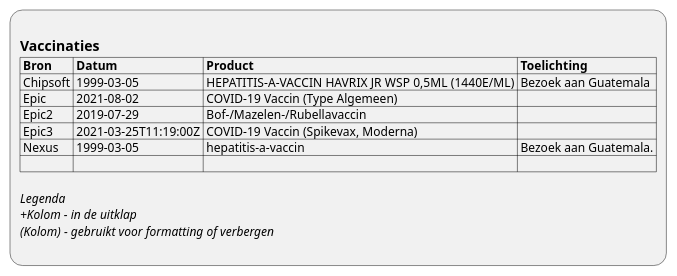
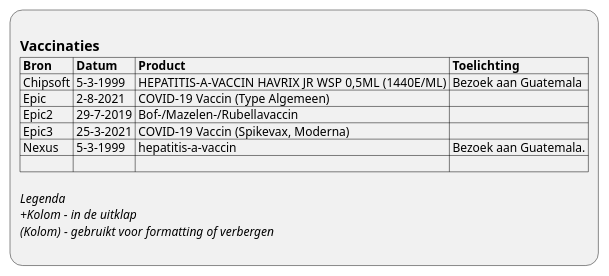
The diagram in input/images-source/ViewDefinition-Immunization.plantuml (RIVO-Noord/zorgviewer-ig), drawn with PlantUML before and after one commit. The commit also changed 14 other files, not shown here.

```diff
--- a/input/images-source/ViewDefinition-Immunization.plantuml
+++ b/input/images-source/ViewDefinition-Immunization.plantuml
@@ -1,16 +1,16 @@
 @startuml ViewDefinition-Immunization
 :
 == Vaccinaties
 |= Bron |= Datum |= Product |= Toelichting |
-| Chipsoft | 1999-03-05 | HEPATITIS-A-VACCIN HAVRIX JR WSP 0,5ML (1440E/ML) | Bezoek aan Guatemala |
-| Epic | 2021-08-02 | COVID-19 Vaccin (Type Algemeen) |  |
-| Epic2 | 2019-07-29 | Bof-/Mazelen-/Rubellavaccin |  |
-| Epic3 | 2021-03-25T11:19:00Z | COVID-19 Vaccin (Spikevax, Moderna) |  |
-| Nexus | 1999-03-05 | hepatitis-a-vaccin | Bezoek aan Guatemala. |
+| Chipsoft | 5-3-1999 | HEPATITIS-A-VACCIN HAVRIX JR WSP 0,5ML (1440E/ML) | Bezoek aan Guatemala |
+| Epic | 2-8-2021 | COVID-19 Vaccin (Type Algemeen) |  |
+| Epic2 | 29-7-2019 | Bof-/Mazelen-/Rubellavaccin |  |
+| Epic3 | 25-3-2021 | COVID-19 Vaccin (Spikevax, Moderna) |  |
+| Nexus | 5-3-1999 | hepatitis-a-vaccin | Bezoek aan Guatemala. |
 | |
 
 //Legenda//
 //+Kolom - in de uitklap//
 //(Kolom) - gebruikt voor formatting of verbergen//
 ;
 @enduml
```
